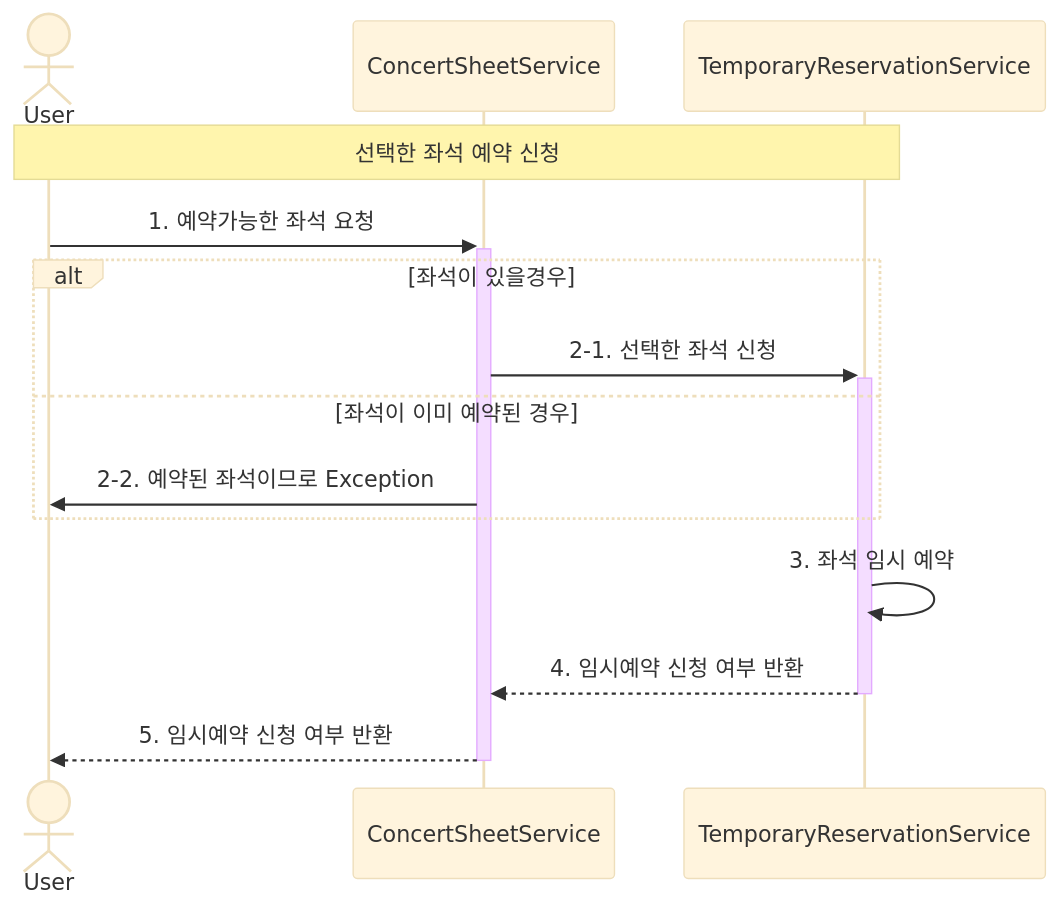
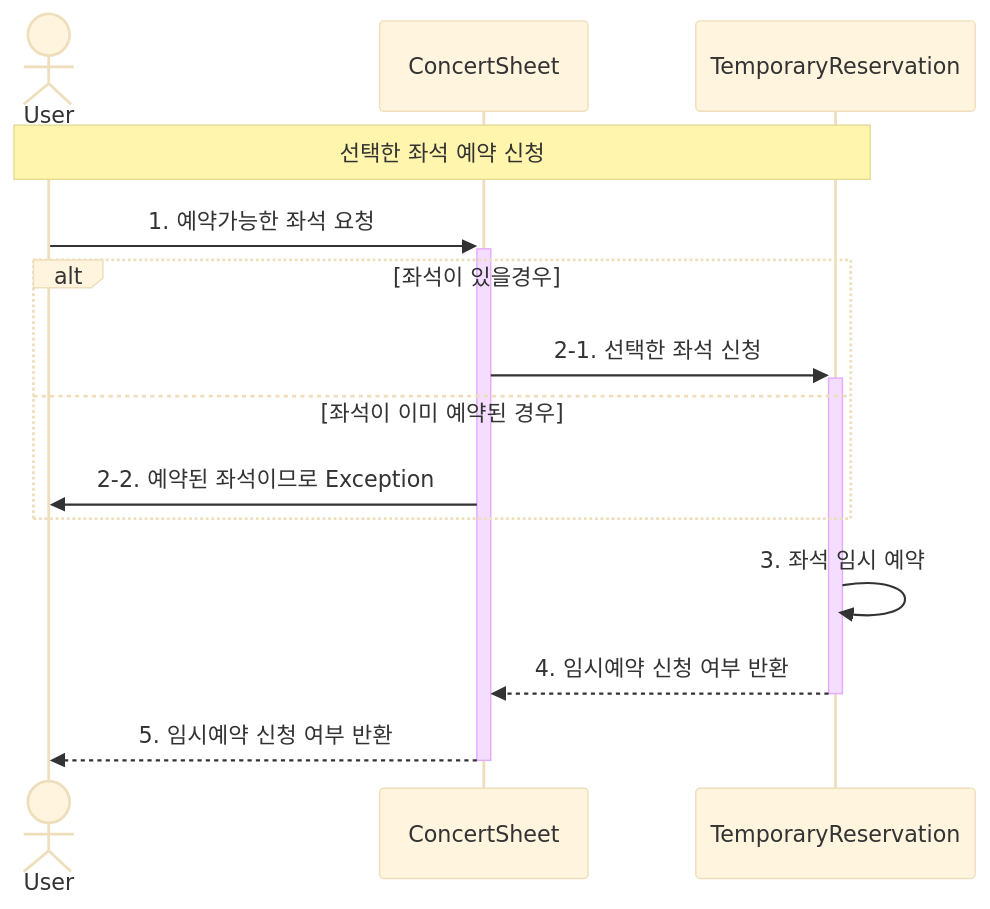
Before and after one commit to KrongDev/hhplus-concert: the fourth of 6 diagrams in README.md, drawn with Mermaid (base theme). The commit also changed other lines of this file, not shown here.

````diff
--- a/README.md
+++ b/README.md
@@ -71,16 +117,17 @@
 ```mermaid
 sequenceDiagram
-    actor User
-    participant ConcertSheetService
-    
-    Note over User, TemporaryReservationService: 선택한 좌석 예약 신청
-    User->>+ConcertSheetService: 1. 예약가능한 좌석 요청
-    alt 좌석이 있을경우
-        ConcertSheetService->>+TemporaryReservationService: 2-1. 선택한 좌석 신청
-    else 좌석이 이미 예약된 경우
-        ConcertSheetService->>User: 2-2. 예약된 좌석이므로 Exception
-    end
-    TemporaryReservationService->>TemporaryReservationService: 3. 좌석 임시 예약
-    TemporaryReservationService-->>-ConcertSheetService: 4. 임시예약 신청 여부 반환
-    ConcertSheetService-->>-User: 5. 임시예약 신청 여부 반환
+
+	actor User
+	participant ConcertSheet
+	
+	Note over User, TemporaryReservation: 선택한 좌석 예약 신청
+	User->>+ConcertSheet: 1. 예약가능한 좌석 요청
+	alt 좌석이 있을경우
+		ConcertSheet->>+TemporaryReservation: 2-1. 선택한 좌석 신청
+	else 좌석이 이미 예약된 경우
+		ConcertSheet->>User: 2-2. 예약된 좌석이므로 Exception
+	end
+	TemporaryReservation->>TemporaryReservation: 3. 좌석 임시 예약
+	TemporaryReservation-->>-ConcertSheet: 4. 임시예약 신청 여부 반환
+	ConcertSheet-->>-User: 5. 임시예약 신청 여부 반환
 ```
````
